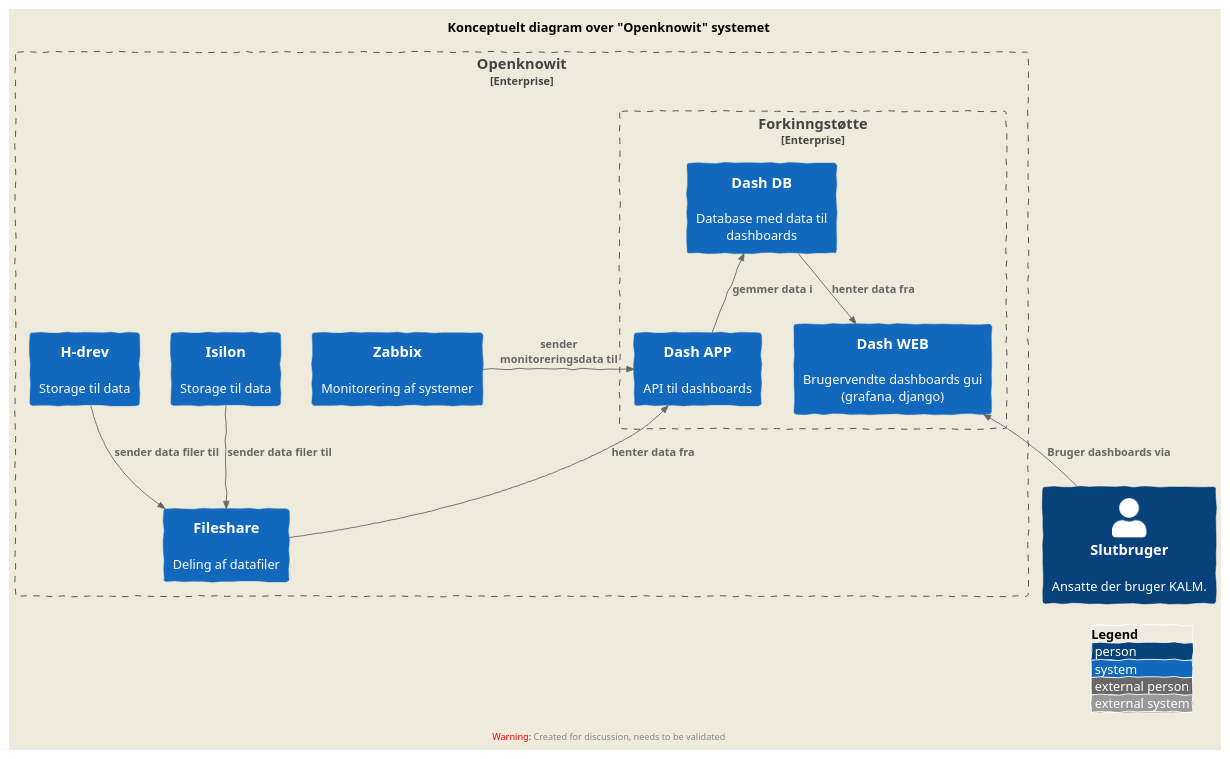
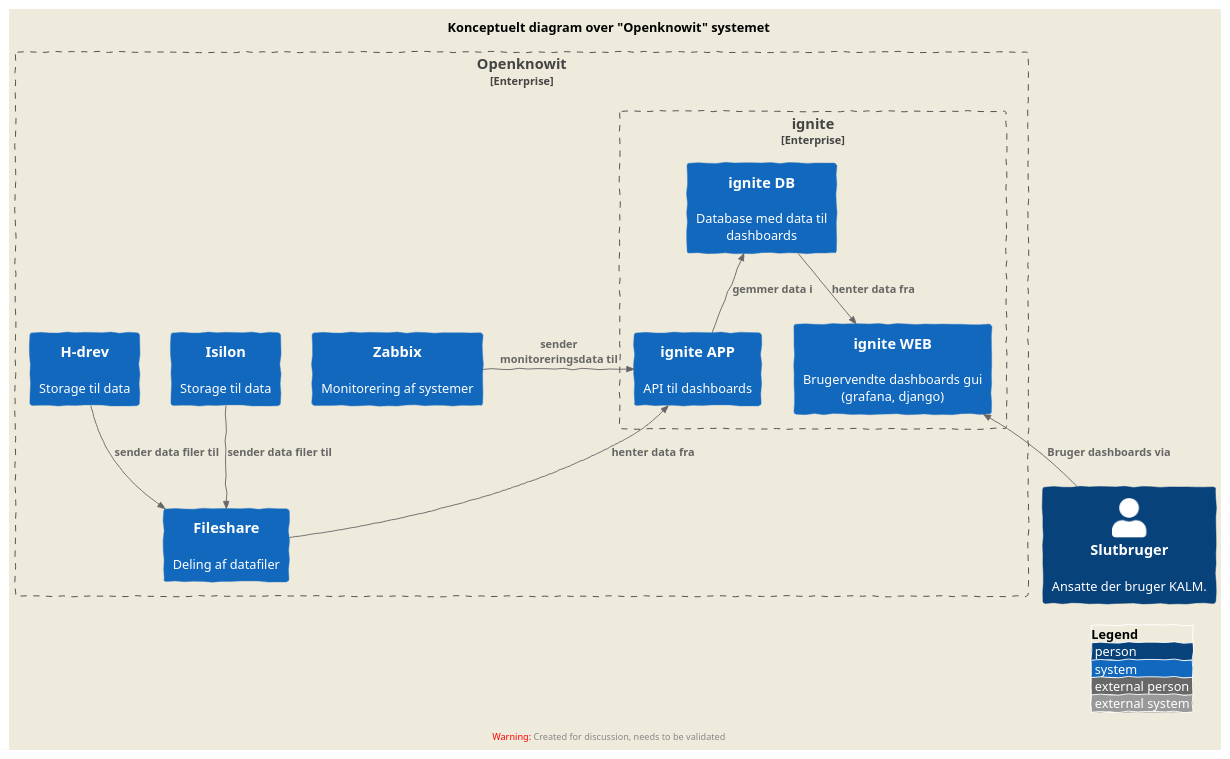
Before and after one commit to JakobHolstDK/infowall: the diagram in diagrams/openknowit.puml, drawn with PlantUML.

```diff
--- a/diagrams/openknowit.puml
+++ b/diagrams/openknowit.puml
@@ -2,38 +2,38 @@
 @startuml
 !include https://raw.githubusercontent.com/plantuml-stdlib/C4-PlantUML/master/C4_Context.puml
 
 ' uncomment the following line and comment the first to use locally
 ' !include C4_Context.puml
 
 LAYOUT_TOP_DOWN()
 LAYOUT_AS_SKETCH()
 LAYOUT_WITH_LEGEND()
 
 
 title  Konceptuelt diagram over "Openknowit" systemet
 
 Person(customer, "Slutbruger", "Ansatte der bruger KALM.")
 Enterprise_Boundary(c0, "Openknowit", "Openknowit systemet") {
 System(isilon, "Isilon", "Storage til data")
 System(Hdrives, "H-drev", "Storage til data")
 System(zabbix, "Zabbix", "Monitorering af systemer")
 System(fileshare, "Fileshare", "Deling af datafiler")
 
 
 
 
-Enterprise_Boundary(c1, "Forkinngstøtte", "Forkningstøtte på KU") {
-    System(dashdb, "Dash DB", "Database med data til dashboards")
-    System(dashweb, "Dash WEB", "Brugervendte dashboards gui (grafana, django)")
-    System(dashapp, "Dash APP", "API til dashboards")
+Enterprise_Boundary(c1, "ignite", "ignnitesystemet") {
+    System(dashdb, "ignite DB", "Database med data til dashboards")
+    System(dashweb, "ignite WEB", "Brugervendte dashboards gui (grafana, django)")
+    System(dashapp, "ignite APP", "API til dashboards")
 }
 }
 Rel_U(customer, dashweb, "Bruger dashboards via")
 Rel_D(isilon, fileshare, "sender data filer til")
 Rel_D(Hdrives, fileshare, "sender data filer til")
 Rel_U(fileshare, dashapp, "henter data fra")
 Rel_Neighbor(zabbix, dashapp, "sender monitoreringsdata til")
 Rel_U(dashapp, dashdb, "gemmer data i")
 Rel_D(dashdb, dashweb, "henter data fra")
 
 @enduml
```
